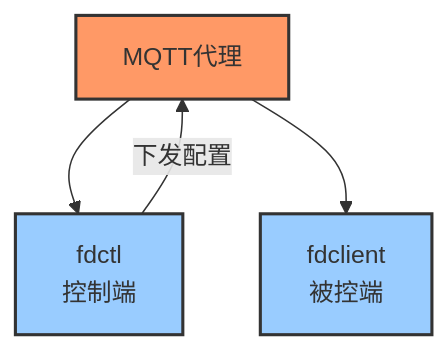
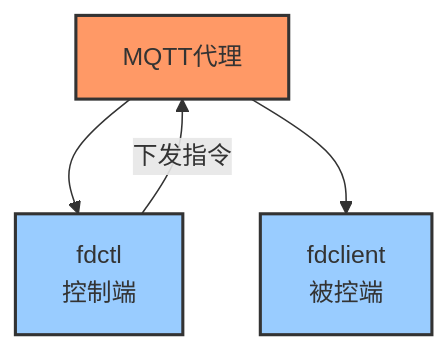
One commit to shellus/frp-daemon changed the diagram in README.md. Above: the diagram before and after it, drawn with Mermaid. The commit also changed 1 other file, not shown here.

Commit message:
更新文档

````diff
--- a/README.md
+++ b/README.md
@@ -5,15 +5,15 @@
 ```mermaid
 graph TD
     C[MQTT代理]
     A[fdctl<br/>控制端]
     B[fdclient<br/>被控端]
-    A -->|"下发配置"| C
+    A -->|"下发指令"| C
     C --> A
     C --> B
     
     classDef broker fill:#f96,stroke:#333,stroke-width:2px;
     classDef client fill:#9cf,stroke:#333,stroke-width:2px;
     
     class C broker;
     class A,B client;
 ```
````
